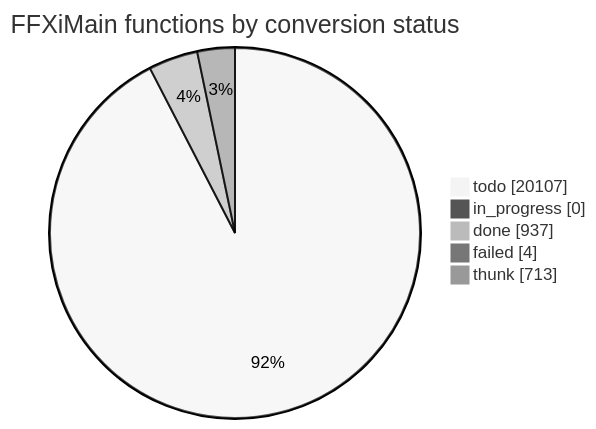
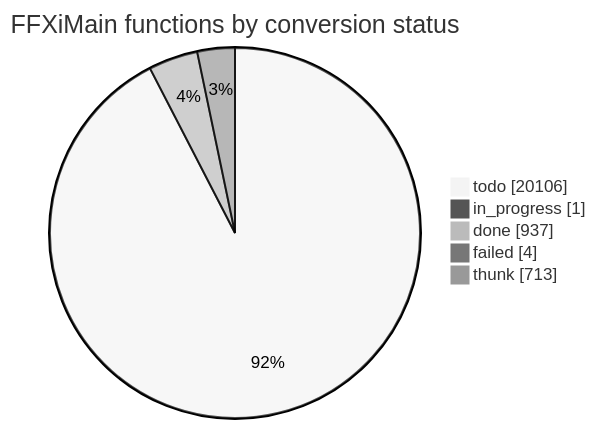
The diagram in docs/cow/STATUS.md (cowrevenge/cow_kuluu_xi_anything), drawn with Mermaid (neutral theme) before and after one commit. The commit also changed other lines of this file and 7 other files, not shown here.

````diff
--- a/docs/cow/STATUS.md
+++ b/docs/cow/STATUS.md
@@ -18,9 +18,9 @@
 ```mermaid
 pie showData
     title FFXiMain functions by conversion status
-    "todo" : 20107
-    "in_progress" : 0
+    "todo" : 20106
+    "in_progress" : 1
     "done" : 937
     "failed" : 4
     "thunk" : 713
 ```
````
